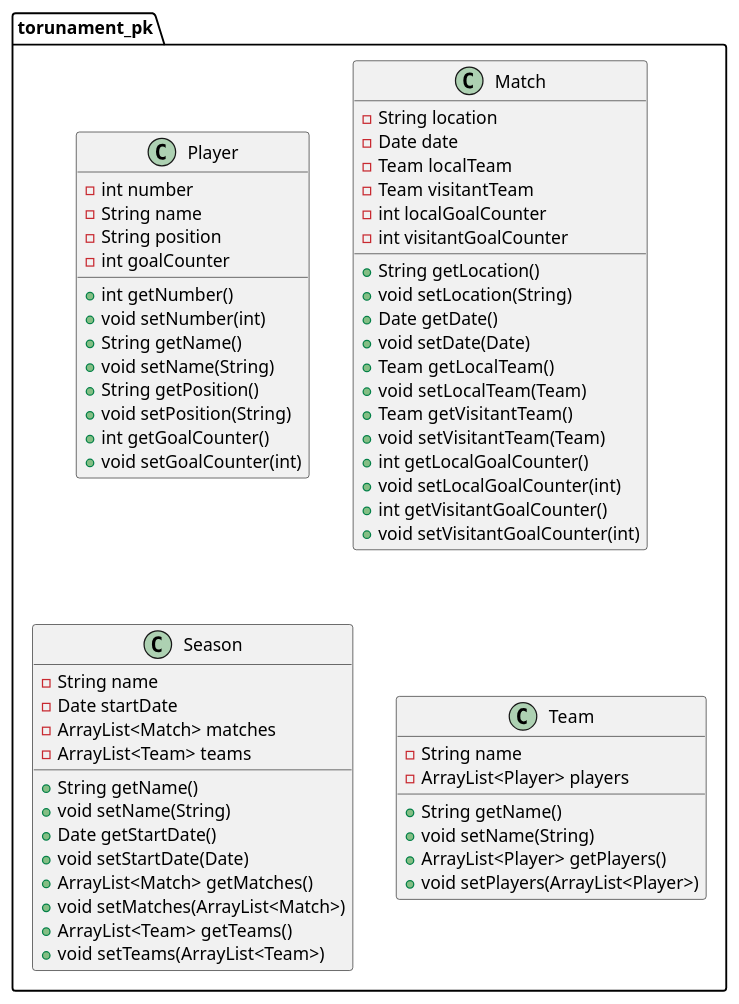
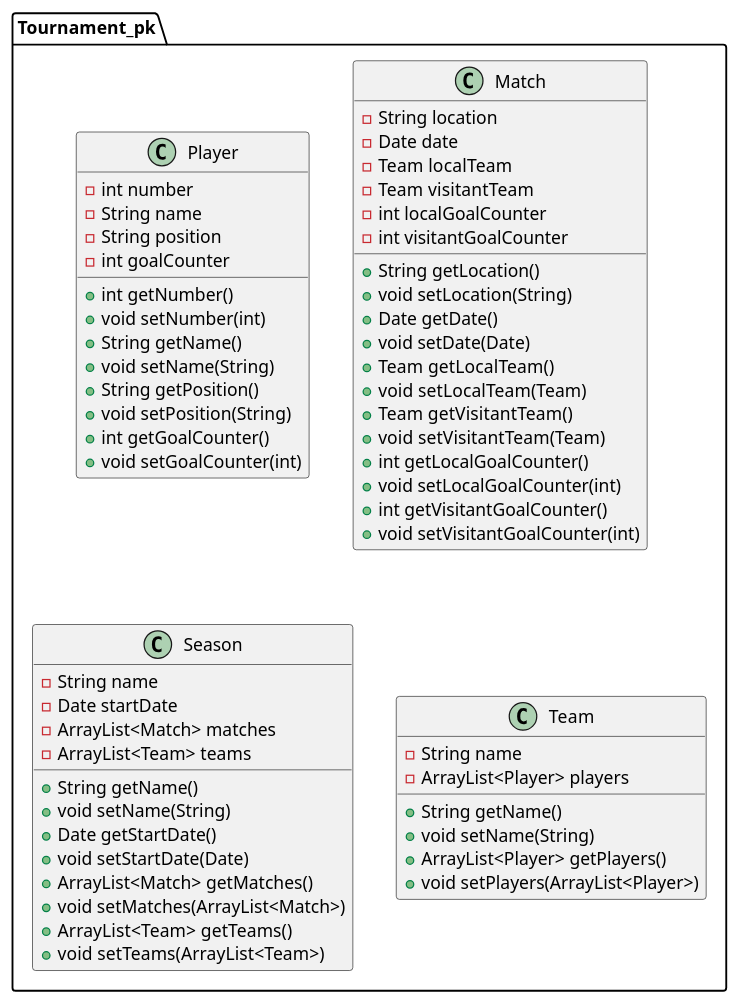
The diagram in class_diagram.puml (MalexD08/poo_davinci_tournament), drawn with PlantUML before and after one commit.

Commit message:
refactor: update package name

```diff
--- a/class_diagram.puml
+++ b/class_diagram.puml
@@ -1,58 +1,58 @@
 @startuml
-class torunament_pk.Player {
+class Tournament_pk.Player {
 - int number
 - String name
 - String position
 - int goalCounter
 + int getNumber()
 + void setNumber(int)
 + String getName()
 + void setName(String)
 + String getPosition()
 + void setPosition(String)
 + int getGoalCounter()
 + void setGoalCounter(int)
 }
-class torunament_pk.Match {
+class Tournament_pk.Match {
 - String location
 - Date date
 - Team localTeam
 - Team visitantTeam
 - int localGoalCounter
 - int visitantGoalCounter
 + String getLocation()
 + void setLocation(String)
 + Date getDate()
 + void setDate(Date)
 + Team getLocalTeam()
 + void setLocalTeam(Team)
 + Team getVisitantTeam()
 + void setVisitantTeam(Team)
 + int getLocalGoalCounter()
 + void setLocalGoalCounter(int)
 + int getVisitantGoalCounter()
 + void setVisitantGoalCounter(int)
 }
-class torunament_pk.Season {
+class Tournament_pk.Season {
 - String name
 - Date startDate
 - ArrayList<Match> matches
 - ArrayList<Team> teams
 + String getName()
 + void setName(String)
 + Date getStartDate()
 + void setStartDate(Date)
 + ArrayList<Match> getMatches()
 + void setMatches(ArrayList<Match>)
 + ArrayList<Team> getTeams()
 + void setTeams(ArrayList<Team>)
 }
-class torunament_pk.Team {
+class Tournament_pk.Team {
 - String name
 - ArrayList<Player> players
 + String getName()
 + void setName(String)
 + ArrayList<Player> getPlayers()
 + void setPlayers(ArrayList<Player>)
 }
 @enduml
```
